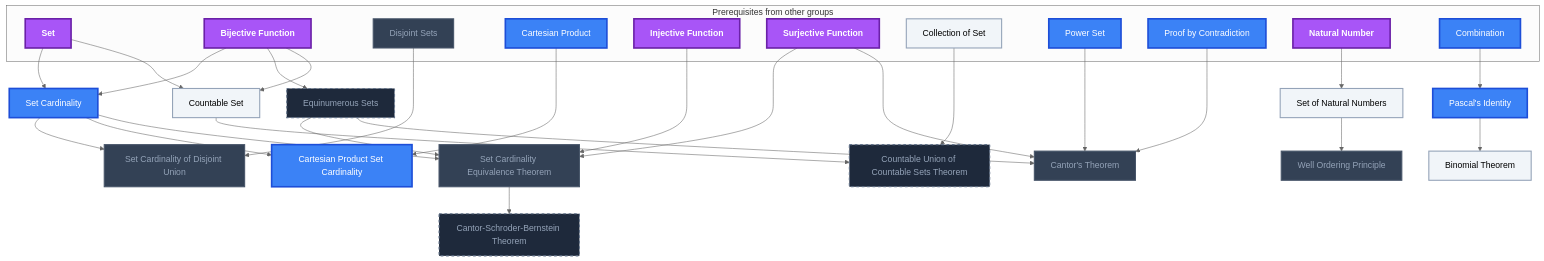
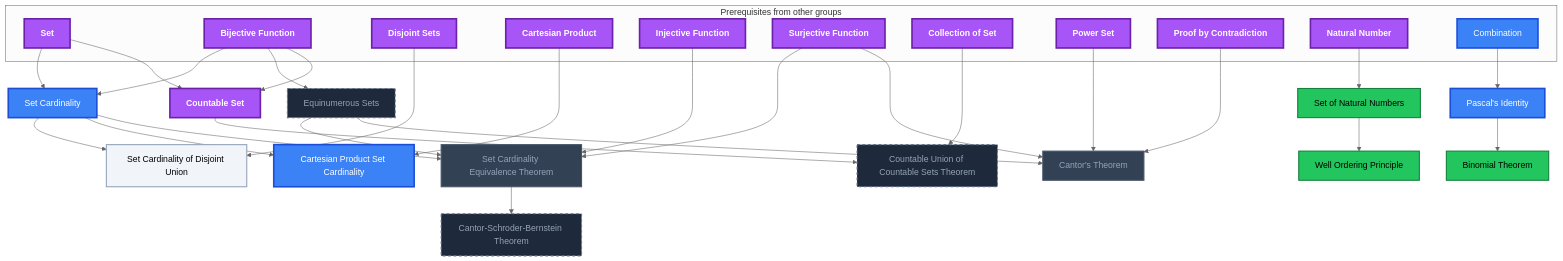
The seventh of 7 diagrams in Gamification/Skill Trees/Discrete Mathematics.md (MRauf1/My-Notes), drawn with Mermaid (neutral theme) before and after one commit. The commit also changed other lines of this file and 145 other files, not shown here.

````diff
--- a/Gamification/Skill Trees/Discrete Mathematics.md
+++ b/Gamification/Skill Trees/Discrete Mathematics.md
@@ -431,68 +467,69 @@
 ```mermaid
 flowchart TD
     classDef planned fill:#1E293B,stroke:#64748B,stroke-width:2px,stroke-dasharray:5 5,color:#94A3B8;
     classDef locked fill:#334155,stroke:#475569,stroke-width:2px,color:#94A3B8;
     classDef L0 fill:#F1F5F9,stroke:#94A3B8,stroke-width:2px,color:#000000;
     classDef L1 fill:#22C55E,stroke:#15803D,stroke-width:2px,color:#000000;
     classDef L2 fill:#3B82F6,stroke:#1D4ED8,stroke-width:3px,color:#FFFFFF;
     classDef L3 fill:#A855F7,stroke:#6B21A8,stroke-width:3px,color:#FFFFFF,font-weight:bold;
     classDef L4 fill:#F97316,stroke:#C2410C,stroke-width:4px,color:#000000,font-weight:bold;
     classDef L5 fill:#FFD700,stroke:#FF8C00,stroke-width:5px,color:#000000,font-weight:bold;
     classDef rusty stroke:#8B4513,stroke-width:4px,stroke-dasharray:3 3;
     subgraph sg_prereqs["Prerequisites from other groups"]
         n_set["Set"]
         n_bijective_function["Bijective Function"]
         n_disjoint_sets["Disjoint Sets"]
         n_cartesian_product["Cartesian Product"]
         n_injective_function["Injective Function"]
         n_surjective_function["Surjective Function"]
         n_collection_of_set["Collection of Set"]
         n_power_set["Power Set"]
         n_proof_by_contradiction["Proof by Contradiction"]
         n_natural_number["Natural Number"]
         n_combination["Combination"]
     end
     n_set_cardinality["Set Cardinality"]
     n_set_cardinality_of_disjoint_union["Set Cardinality of Disjoint Union"]
     n_cartesian_product_set_cardinality["Cartesian Product Set Cardinality"]
     n_equinumerous_sets["Equinumerous Sets"]
     n_set_cardinality_equivalence_theorem["Set Cardinality Equivalence Theorem"]
     n_countable_union_of_countable_sets_theorem["Countable Union of Countable Sets Theorem"]
     n_cantor_s_theorem["Cantor's Theorem"]
     n_cantor_schroder_bernstein_theorem["Cantor-Schroder-Bernstein Theorem"]
     n_set_of_natural_numbers["Set of Natural Numbers"]
     n_well_ordering_principle["Well Ordering Principle"]
     n_pascal_s_identity["Pascal's Identity"]
     n_binomial_theorem["Binomial Theorem"]
     n_countable_set["Countable Set"]
     n_set --> n_set_cardinality
     n_bijective_function --> n_set_cardinality
     n_set_cardinality --> n_set_cardinality_of_disjoint_union
     n_disjoint_sets --> n_set_cardinality_of_disjoint_union
     n_set_cardinality --> n_cartesian_product_set_cardinality
     n_cartesian_product --> n_cartesian_product_set_cardinality
     n_bijective_function --> n_equinumerous_sets
     n_set_cardinality --> n_set_cardinality_equivalence_theorem
     n_equinumerous_sets --> n_set_cardinality_equivalence_theorem
     n_injective_function --> n_set_cardinality_equivalence_theorem
     n_surjective_function --> n_set_cardinality_equivalence_theorem
     n_countable_set --> n_countable_union_of_countable_sets_theorem
     n_collection_of_set --> n_countable_union_of_countable_sets_theorem
     n_power_set --> n_cantor_s_theorem
     n_equinumerous_sets --> n_cantor_s_theorem
     n_proof_by_contradiction --> n_cantor_s_theorem
     n_set_cardinality_equivalence_theorem --> n_cantor_schroder_bernstein_theorem
     n_natural_number --> n_set_of_natural_numbers
     n_set_of_natural_numbers --> n_well_ordering_principle
     n_combination --> n_pascal_s_identity
     n_pascal_s_identity --> n_binomial_theorem
     n_bijective_function --> n_countable_set
     n_set --> n_countable_set
     n_surjective_function --> n_cantor_s_theorem
     class n_equinumerous_sets,n_countable_union_of_countable_sets_theorem,n_cantor_schroder_bernstein_theorem planned;
-    class n_disjoint_sets,n_set_cardinality_of_disjoint_union,n_set_cardinality_equivalence_theorem,n_cantor_s_theorem,n_well_ordering_principle locked;
-    class n_collection_of_set,n_set_of_natural_numbers,n_binomial_theorem,n_countable_set L0;
-    class n_cartesian_product,n_power_set,n_proof_by_contradiction,n_combination,n_set_cardinality,n_cartesian_product_set_cardinality,n_pascal_s_identity L2;
-    class n_set,n_bijective_function,n_injective_function,n_surjective_function,n_natural_number L3;
+    class n_set_cardinality_equivalence_theorem,n_cantor_s_theorem locked;
+    class n_set_cardinality_of_disjoint_union L0;
+    class n_set_of_natural_numbers,n_well_ordering_principle,n_binomial_theorem L1;
+    class n_combination,n_set_cardinality,n_cartesian_product_set_cardinality,n_pascal_s_identity L2;
+    class n_set,n_bijective_function,n_disjoint_sets,n_cartesian_product,n_injective_function,n_surjective_function,n_collection_of_set,n_power_set,n_proof_by_contradiction,n_natural_number,n_countable_set L3;
     class n_set,n_bijective_function,n_disjoint_sets,n_cartesian_product,n_injective_function,n_surjective_function,n_collection_of_set,n_power_set,n_proof_by_contradiction,n_natural_number,n_combination,n_set_cardinality,n_set_cardinality_of_disjoint_union,n_cartesian_product_set_cardinality,n_set_cardinality_equivalence_theorem,n_cantor_s_theorem,n_set_of_natural_numbers,n_well_ordering_principle,n_pascal_s_identity,n_binomial_theorem,n_countable_set internal-link;
 ```
````
